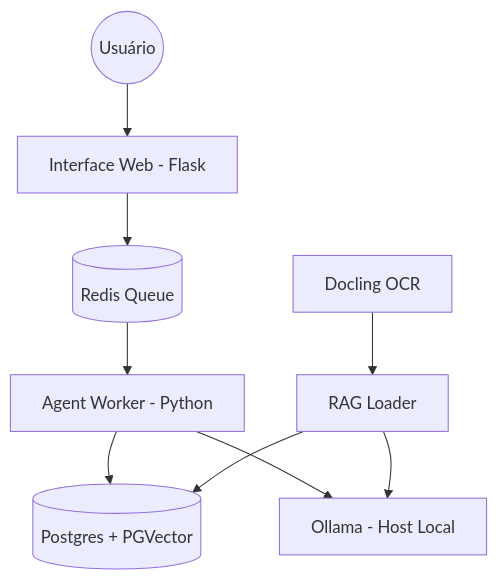
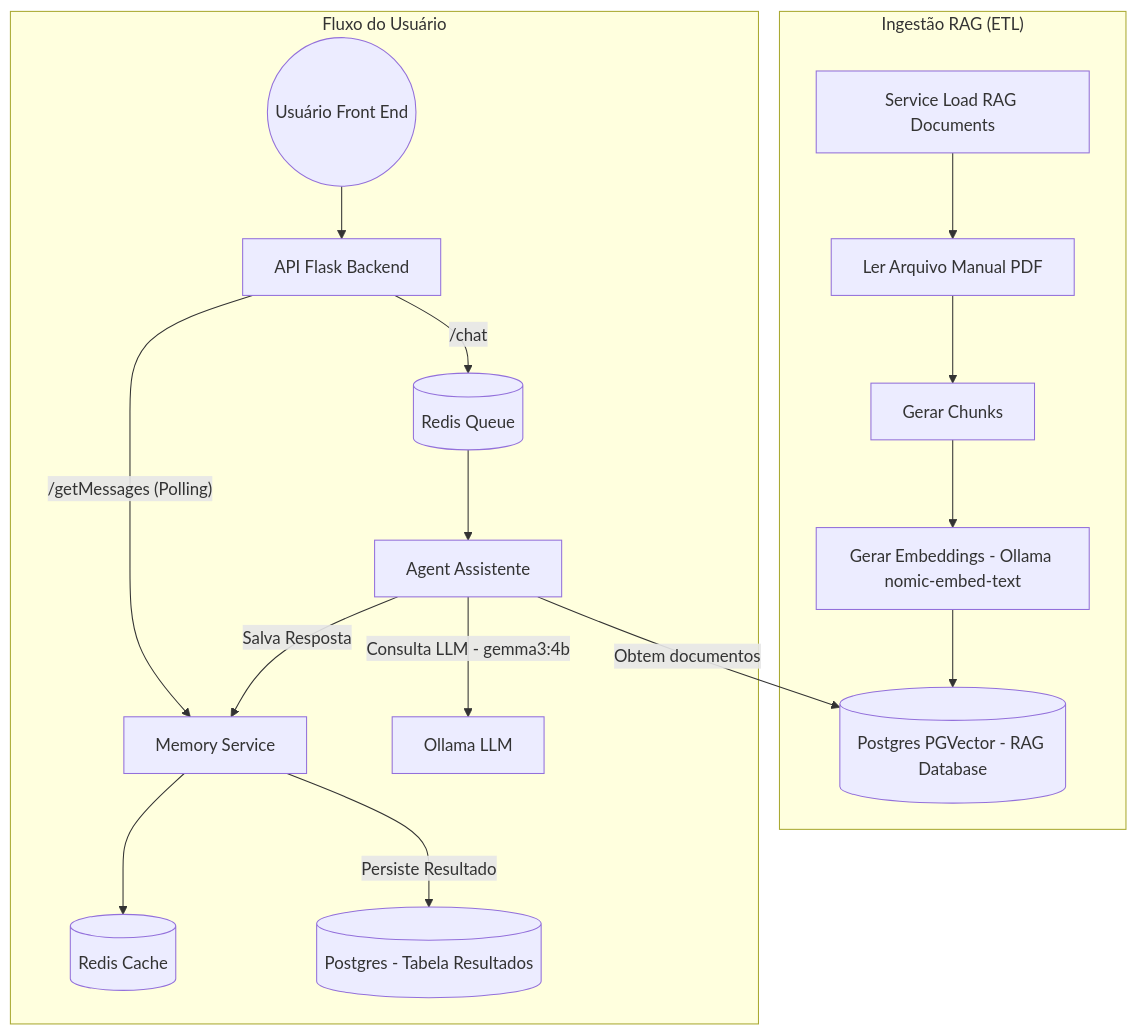
The diagram in README.md (pablosls/agente_suporte), drawn with Mermaid before and after one commit. The commit also changed other lines of this file and 1 other file, not shown here.

````diff
--- a/README.md
+++ b/README.md
@@ -9,11 +9,21 @@
 ```mermaid
 graph TD
-    User((Usuário)) --> WebUI[Interface Web - Flask]
-    WebUI --> Redis[(Redis Queue)]
-    Redis --> Worker[Agent Worker - Python]
-    Worker --> PG[(Postgres + PGVector)]
-    Worker --> Ollama[Ollama - Host Local]
-    Loader[RAG Loader] --> PG
-    Loader --> Ollama
-    Docling[Docling OCR] --> Loader
+    subgraph "Ingestão RAG (ETL)"
+        Loader[Service Load RAG Documents] --> Read[Ler Arquivo Manual PDF]
+        Read --> Chunks[Gerar Chunks]
+        Chunks --> Embed[Gerar Embeddings - Ollama nomic-embed-text]
+        Embed --> VDB[(Postgres PGVector - RAG Database)]
+    end
+
+    subgraph "Fluxo do Usuário"
+        User((Usuário Front End)) --> API[API Flask Backend]
+        API -- "/chat" --> Queue[(Redis Queue)]
+        Queue --> Agent[Agent Assistente]
+        Agent -- "Obtem documentos" --> VDB
+        Agent -- "Consulta LLM - gemma3:4b" --> Ollama[Ollama LLM]
+        Agent -- "Salva Resposta" --> Mem[Memory Service]
+        Mem -- "Persiste Resultado" --> PDB[(Postgres - Tabela Resultados)]
+        Mem --> Cache[(Redis Cache)]
+        API -- "/getMessages (Polling)" --> Mem
+    end
 ```
````
